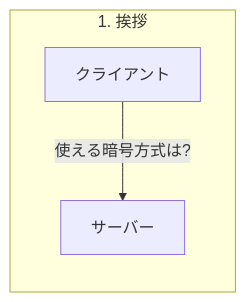
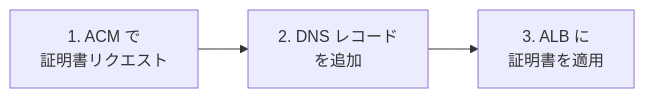
One commit to muratanaoki/party-box changed diagram 14 of 15 in docs/curriculum/02-aws-http.md. Above: the diagram before and after it, drawn with Mermaid. The commit also changed other lines of this file, not shown here.

````diff
--- a/docs/curriculum/02-aws-http.md
+++ b/docs/curriculum/02-aws-http.md
@@ -635,6 +780,4 @@
 ```mermaid
 flowchart LR
-    subgraph Step1["1. 挨拶"]
-        C1["クライアント"] -->|使える暗号方式は?| S1["サーバー"]
-    end
+    A["1. ACM で<br/>証明書リクエスト"] --> B["2. DNS レコード<br/>を追加"] --> C["3. ALB に<br/>証明書を適用"]
 ```
````
